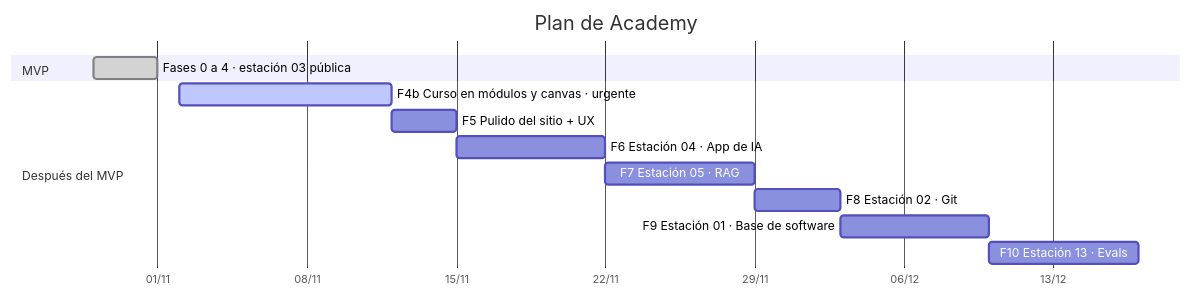
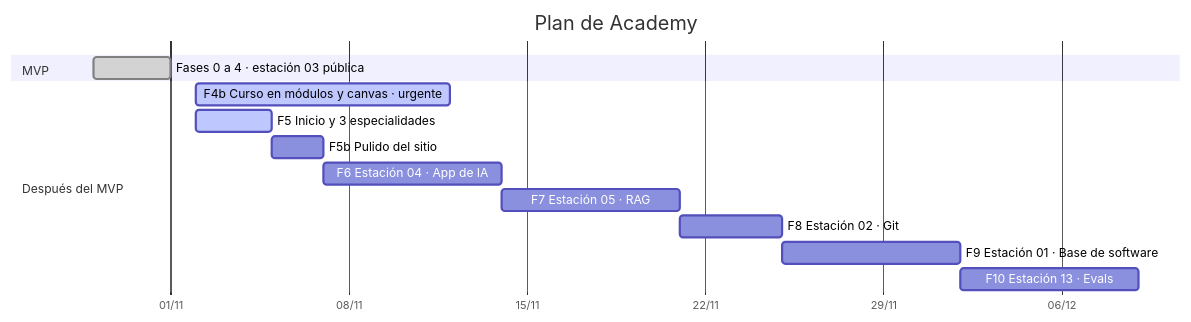
One commit to francoSW99/Academy changed the diagram in AVANCE.md. Above: the diagram before and after it, drawn with Mermaid. The commit also changed other lines of this file and 21 other files, not shown here.

First line of the commit message:
Fase 5: Inicio + 3 especialidades, conectadas por puentes (pedido 51)

````diff
--- a/AVANCE.md
+++ b/AVANCE.md
@@ -59,16 +65,17 @@
 ```mermaid
 gantt
     title Plan de Academy
     dateFormat YYYY-MM-DD
     axisFormat %d/%m
     section MVP
     Fases 0 a 4 · estación 03 pública :done, mvp, 2026-10-29, 2026-11-01
     section Después del MVP
     F4b Curso en módulos y canvas · urgente :active, f4b, 2026-11-02, 10d
-    F5 Pulido del sitio + UX :f5, after f4b, 3d
-    F6 Estación 04 · App de IA :f6, after f5, 7d
+    F5 Inicio y 3 especialidades :active, f5, 2026-11-02, 3d
+    F5b Pulido del sitio :f5b, after f5, 2d
+    F6 Estación 04 · App de IA :f6, after f5b, 7d
     F7 Estación 05 · RAG :f7, after f6, 7d
     F8 Estación 02 · Git :f8, after f7, 4d
     F9 Estación 01 · Base de software :f9, after f8, 7d
     F10 Estación 13 · Evals :f10, after f9, 7d
 ```
````
